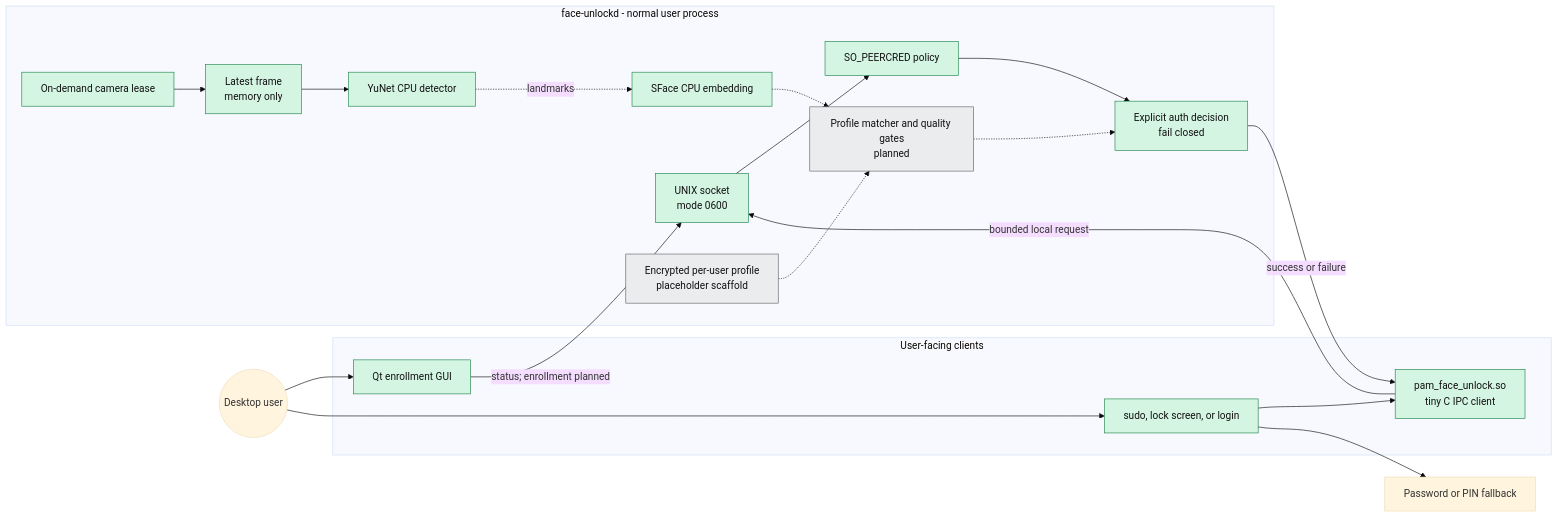
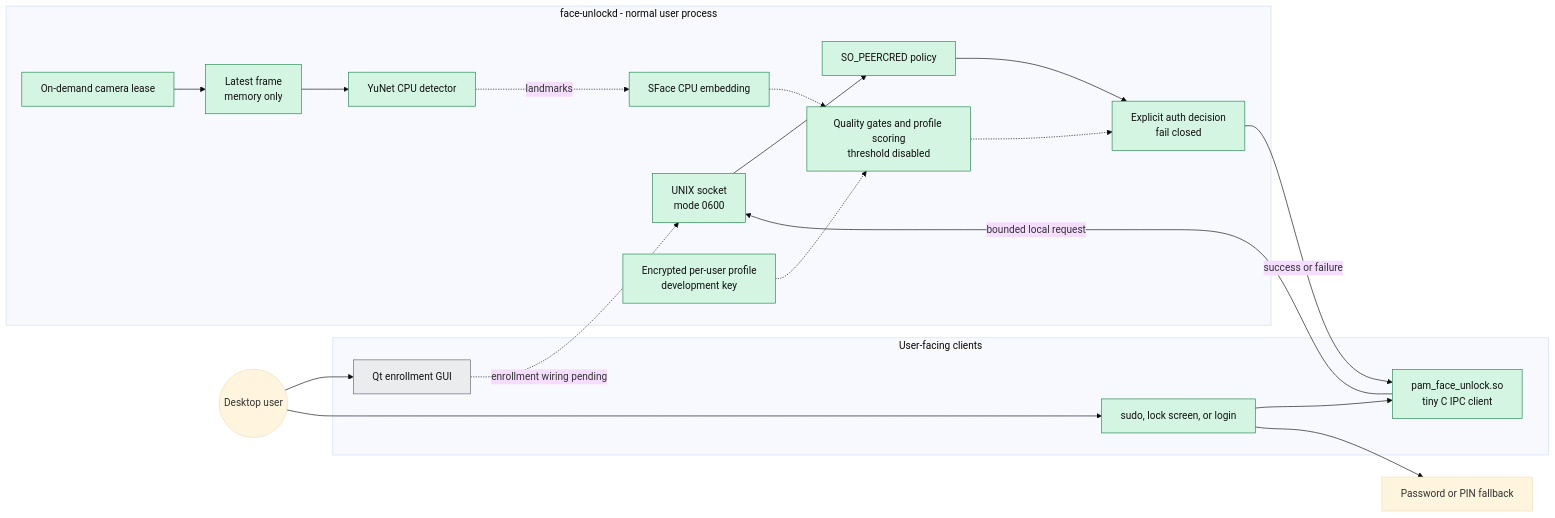
The third of 5 diagrams in README.md (justneeraj12/face-unlock-linux), drawn with Mermaid (base theme) before and after one commit. The commit also changed other lines of this file and 20 other files, not shown here.

````diff
--- a/README.md
+++ b/README.md
@@ -121,47 +122,47 @@
 ```mermaid
 flowchart LR
     User((Desktop user))
     Password["Password or PIN fallback"]
 
     subgraph Clients["User-facing clients"]
         GUI["Qt enrollment GUI"]
         PAMService["sudo, lock screen, or login"]
         PAM["pam_face_unlock.so<br/>tiny C IPC client"]
     end
 
     subgraph Daemon["face-unlockd - normal user process"]
         IPC["UNIX socket<br/>mode 0600"]
         Peer["SO_PEERCRED policy"]
         Camera["On-demand camera lease"]
         Frame["Latest frame<br/>memory only"]
         YuNet["YuNet CPU detector"]
         SFace["SFace CPU embedding"]
-        Matcher["Profile matcher and quality gates<br/>planned"]
+        Matcher["Quality gates and profile scoring<br/>threshold disabled"]
         Decision["Explicit auth decision<br/>fail closed"]
-        Crypto["Encrypted per-user profile<br/>placeholder scaffold"]
+        Crypto["Encrypted per-user profile<br/>development key"]
     end
 
     User --> GUI
     User --> PAMService
     PAMService --> PAM
     PAM -->|"bounded local request"| IPC
-    GUI -->|"status; enrollment planned"| IPC
+    GUI -.->|"enrollment wiring pending"| IPC
     IPC --> Peer
     Peer --> Decision
 
     Camera --> Frame
     Frame --> YuNet
     YuNet -.->|"landmarks"| SFace
     SFace -.-> Matcher
     Crypto -.-> Matcher
     Matcher -.-> Decision
 
     Decision -->|"success or failure"| PAM
     PAMService --> Password
 
     classDef implemented fill:#d5f5e3,stroke:#1e8449,color:#111
     classDef planned fill:#eaecee,stroke:#626567,color:#111
 
-    class GUI,PAMService,PAM,IPC,Peer,Camera,Frame,YuNet,SFace,Decision implemented
-    class Matcher,Crypto planned
+    class PAMService,PAM,IPC,Peer,Camera,Frame,YuNet,SFace,Matcher,Crypto,Decision implemented
+    class GUI planned
 ```
````
